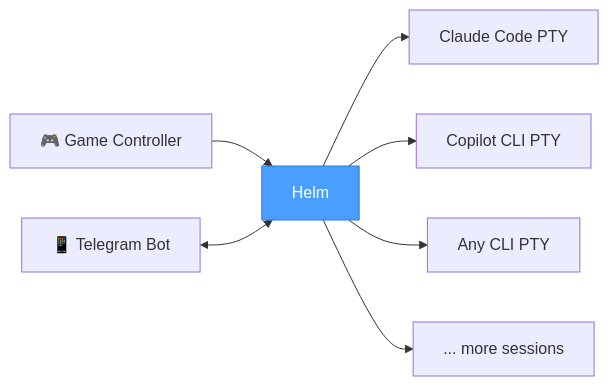
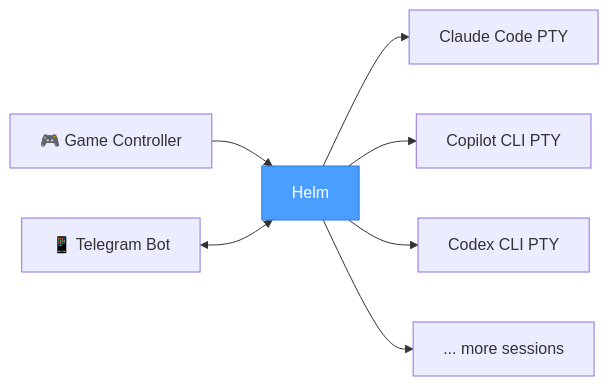
One commit to PetePeter/gamepad-cli-hub changed the diagram in README.md. Above: the diagram before and after it, drawn with Mermaid. The commit also changed other lines of this file and 6 other files, not shown here.

Commit message:
Add Codex CLI profile defaults

````diff
--- a/README.md
+++ b/README.md
@@ -226,11 +226,11 @@
 ```mermaid
 graph LR
     XB[🎮 Game Controller] --> APP[Helm]
     TG[📱 Telegram Bot] <--> APP
     APP --> T1[Claude Code PTY]
     APP --> T2[Copilot CLI PTY]
-    APP --> T3[Any CLI PTY]
+    APP --> T3[Codex CLI PTY]
     APP --> T4[... more sessions]
 
     style APP fill:#4a9eff,color:#fff,stroke:#2d7ad6
 ```
````
